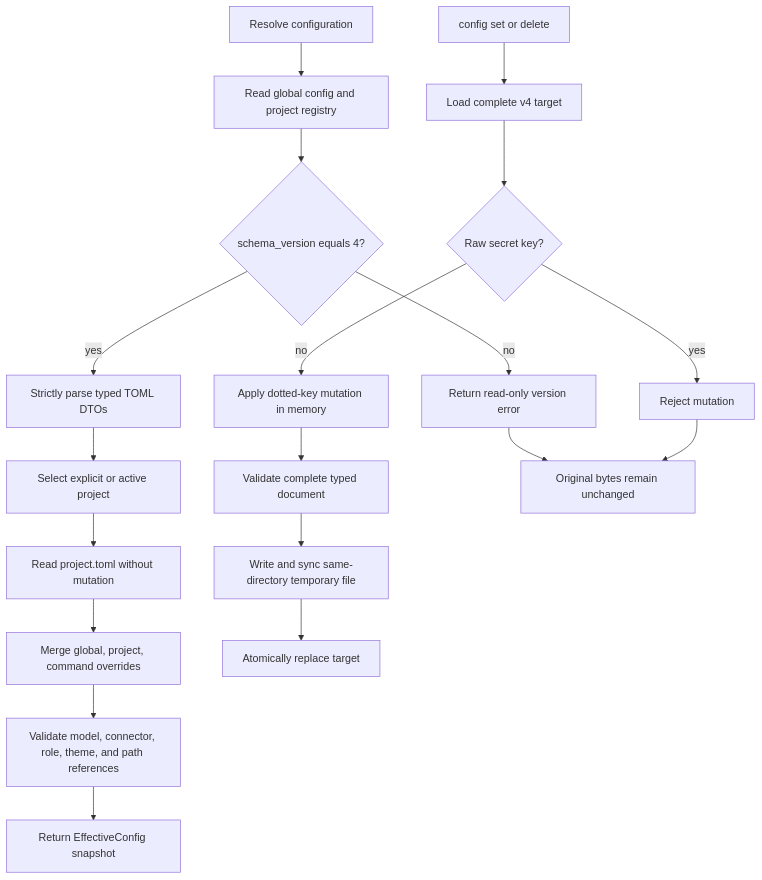
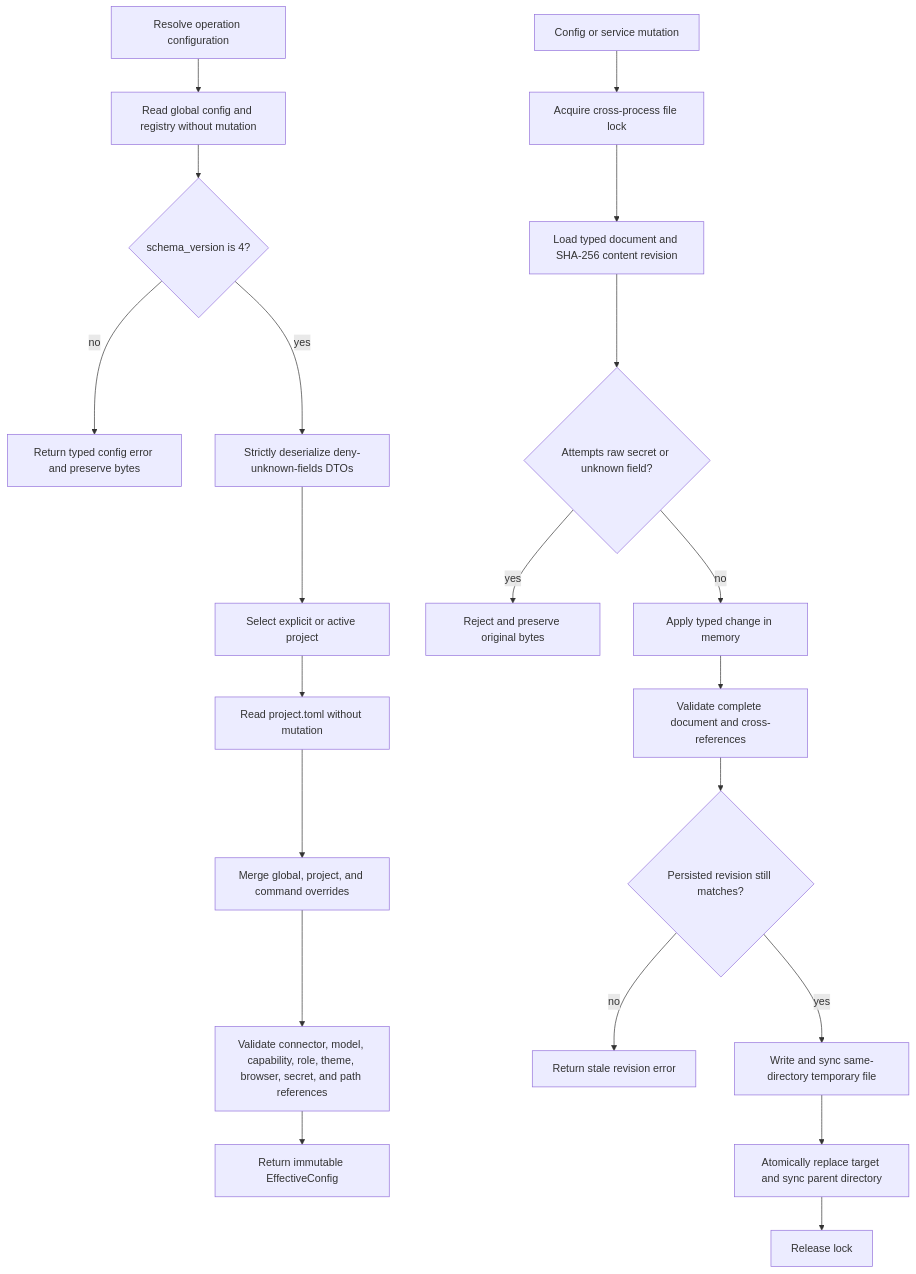
Before and after one commit to getsfumato/cli: the diagram in docs/architecture/config-lifecycle.mmd, drawn with Mermaid. The commit also changed 26 other files, not shown here.

First line of the commit message:
refactor(architecture): finalize v0.2 contracts

```diff
--- a/docs/architecture/config-lifecycle.mmd
+++ b/docs/architecture/config-lifecycle.mmd
@@ -1,21 +1,23 @@
+%% Schema-v4 read, resolution, and optimistic mutation lifecycle.
 flowchart TD
-    START["Resolve configuration"] --> READ["Read global config and project registry"]
-    READ --> VERSION{"schema_version equals 4?"}
-    VERSION -- no --> FAIL["Return read-only version error"]
-    VERSION -- yes --> PARSE["Strictly parse typed TOML DTOs"]
-    PARSE --> SELECT["Select explicit or active project"]
-    SELECT --> PROJECT["Read project.toml without mutation"]
-    PROJECT --> MERGE["Merge global, project, command overrides"]
-    MERGE --> VALIDATE["Validate model, connector, role, theme, and path references"]
-    VALIDATE --> SNAPSHOT["Return EffectiveConfig snapshot"]
+    START["Resolve operation configuration"] --> READ_GLOBAL["Read global config and registry without mutation"]
+    READ_GLOBAL --> VERSION{"schema_version is 4?"}
+    VERSION -- no --> READ_ERROR["Return typed config error and preserve bytes"]
+    VERSION -- yes --> DTO["Strictly deserialize deny-unknown-fields DTOs"]
+    DTO --> SELECT["Select explicit or active project"]
+    SELECT --> READ_PROJECT["Read project.toml without mutation"]
+    READ_PROJECT --> MERGE["Merge global, project, and command overrides"]
+    MERGE --> VALIDATE["Validate connector, model, capability, role, theme, browser, secret, and path references"]
+    VALIDATE --> EFFECTIVE["Return immutable EffectiveConfig"]
 
-    EDIT["config set or delete"] --> LOAD["Load complete v4 target"]
-    LOAD --> SECRET{"Raw secret key?"}
-    SECRET -- yes --> REJECT["Reject mutation"]
-    SECRET -- no --> MUTATE["Apply dotted-key mutation in memory"]
-    MUTATE --> VALIDATE_EDIT["Validate complete typed document"]
-    VALIDATE_EDIT --> TEMP["Write and sync same-directory temporary file"]
-    TEMP --> RENAME["Atomically replace target"]
-
-    FAIL --> PRESERVE["Original bytes remain unchanged"]
-    REJECT --> PRESERVE
+    MUTATION["Config or service mutation"] --> LOCK["Acquire cross-process file lock"]
+    LOCK --> SNAPSHOT["Load typed document and SHA-256 content revision"]
+    SNAPSHOT --> SECRET{"Attempts raw secret or unknown field?"}
+    SECRET -- yes --> WRITE_ERROR["Reject and preserve original bytes"]
+    SECRET -- no --> APPLY["Apply typed change in memory"]
+    APPLY --> REVALIDATE["Validate complete document and cross-references"]
+    REVALIDATE --> COMPARE{"Persisted revision still matches?"}
+    COMPARE -- no --> STALE["Return stale revision error"]
+    COMPARE -- yes --> TEMP["Write and sync same-directory temporary file"]
+    TEMP --> RENAME["Atomically replace target and sync parent directory"]
+    RENAME --> UNLOCK["Release lock"]
```
